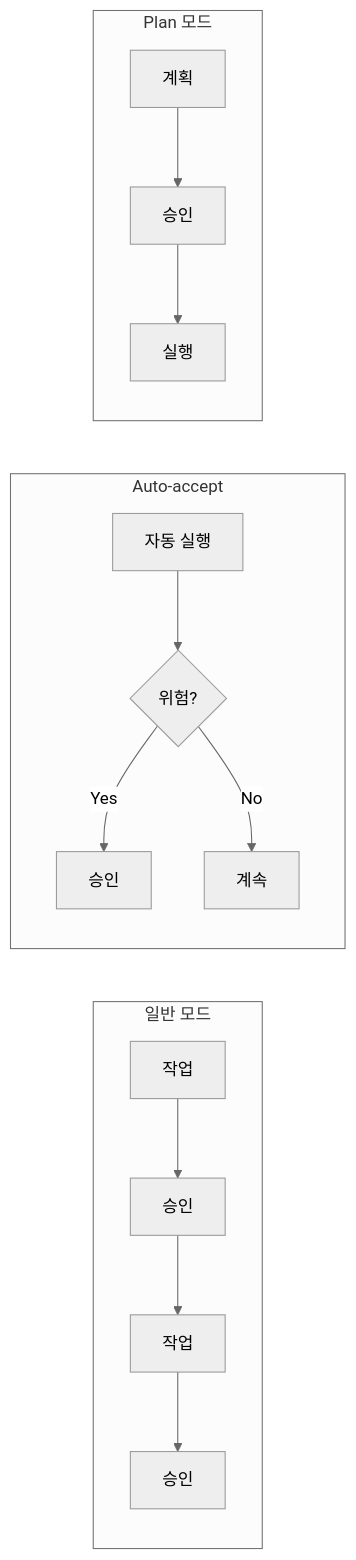
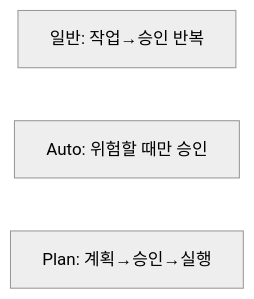
The third of 5 diagrams in 02-literacy/24-system.md (Kanghyeop/pages-book-agent101), drawn with Mermaid (neutral theme) before and after one commit. The commit also changed other lines of this file and 3 other files, not shown here.

First line of the commit message:
Mermaid subgraph 완전 제거: GitHub 호환성 확보

````diff
--- a/02-literacy/24-system.md
+++ b/02-literacy/24-system.md
@@ -136,16 +136,6 @@
 ```mermaid
 flowchart LR
-    subgraph Normal["일반 모드"]
-        N1["작업"] --> N2["승인"] --> N3["작업"] --> N4["승인"]
-    end
-
-    subgraph Auto["Auto-accept"]
-        A1["자동 실행"] --> A2{"위험?"}
-        A2 -->|Yes| A3["승인"]
-        A2 -->|No| A4["계속"]
-    end
-
-    subgraph Plan["Plan 모드"]
-        P1["계획"] --> P2["승인"] --> P3["실행"]
-    end
+    N["일반: 작업→승인 반복"]
+    A["Auto: 위험할 때만 승인"]
+    P["Plan: 계획→승인→실행"]
 ```
````
